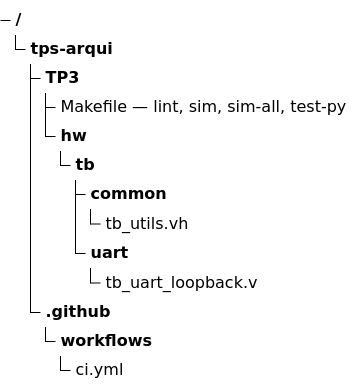
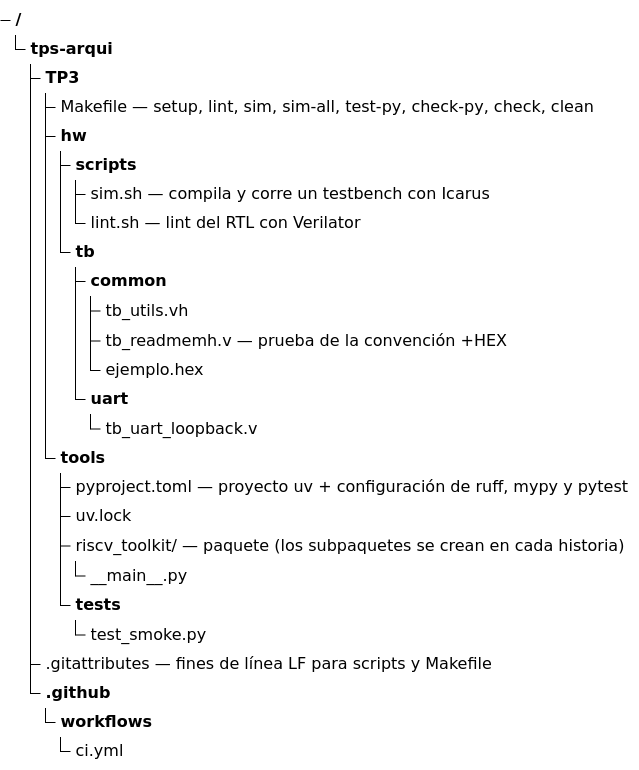
Before and after one commit to nicopinera/tps-arqui: the fourth of 47 diagrams in docs/PRD-pipeline-riscv.md, drawn with Mermaid. The commit also changed other lines of this file and 4 other files, not shown here.

Commit message:
feature(US102): Actualiza la documentación y comandos en la guía de herramientas, agrega soporte para lint y simulación en el Makefile, y corrige la versión de Python en los ADRs.

````diff
--- a/docs/PRD-pipeline-riscv.md
+++ b/docs/PRD-pipeline-riscv.md
@@ -528,15 +530,28 @@
 ```mermaid
 treeView-beta
     "tps-arqui/"
         "TP3/"
-            "Makefile — lint, sim, sim-all, test-py"
+            "Makefile — setup, lint, sim, sim-all, test-py, check-py, check, clean"
             "hw/"
+                "scripts/"
+                    "sim.sh — compila y corre un testbench con Icarus"
+                    "lint.sh — lint del RTL con Verilator"
                 "tb/"
                     "common/"
                         "tb_utils.vh"
+                        "tb_readmemh.v — prueba de la convención +HEX"
+                        "ejemplo.hex"
                     "uart/"
                         "tb_uart_loopback.v"
+            "tools/"
+                "pyproject.toml — proyecto uv + configuración de ruff, mypy y pytest"
+                "uv.lock"
+                "riscv_toolkit/ — paquete (los subpaquetes se crean en cada historia)"
+                    "__main__.py"
+                "tests/"
+                    "test_smoke.py"
+        ".gitattributes — fines de línea LF para scripts y Makefile"
         ".github/"
             "workflows/"
                 "ci.yml"
 ```
````
